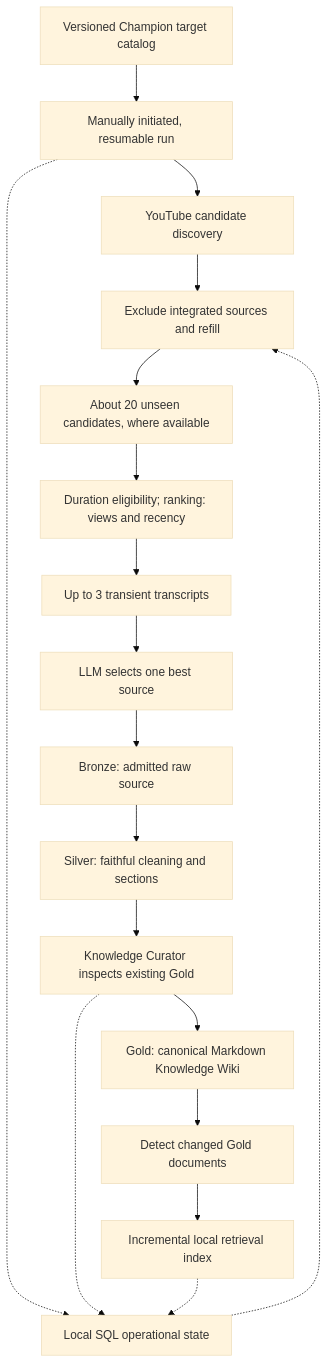
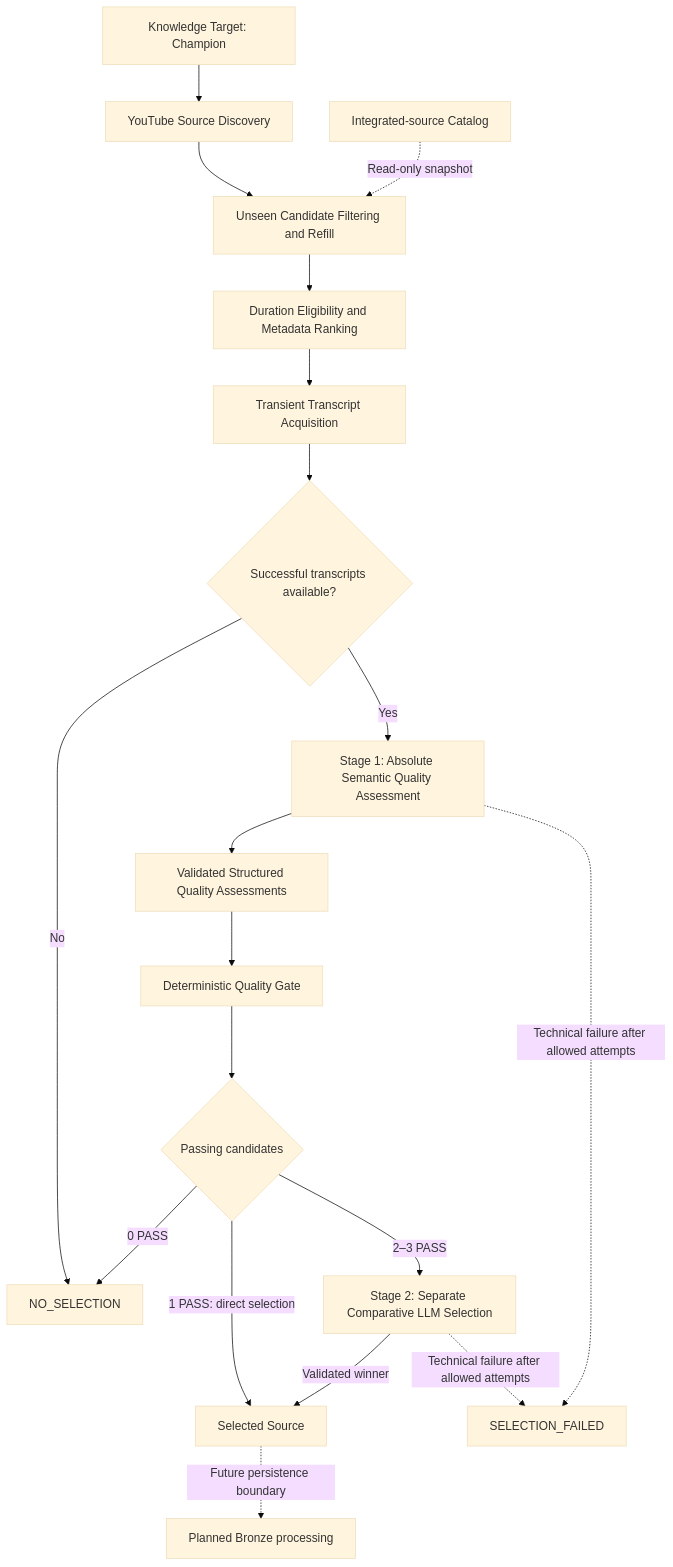
One commit to NeuralBlau/league-knowledge-platform changed the first of 3 diagrams in docs/architecture.md. Above: the diagram before and after it, drawn with Mermaid (base theme). The commit also changed other lines of this file and 2 other files, not shown here.

Commit message:
Document experimental domain and source acquisition

````diff
--- a/docs/architecture.md
+++ b/docs/architecture.md
@@ -9,20 +21,21 @@
 ```mermaid
 flowchart TD
-    A["Versioned Champion target catalog"] --> B["Manually initiated, resumable run"]
-    B --> C["YouTube candidate discovery"]
-    C --> D["Exclude integrated sources and refill"]
-    D --> E["About 20 unseen candidates, where available"]
-    E --> F["Duration eligibility; ranking: views and recency"]
-    F --> G["Up to 3 transient transcripts"]
-    G --> H["LLM selects one best source"]
-    H --> I["Bronze: admitted raw source"]
-    I --> J["Silver: faithful cleaning and sections"]
-    J --> K["Knowledge Curator inspects existing Gold"]
-    K --> L["Gold: canonical Markdown Knowledge Wiki"]
-    L --> M["Detect changed Gold documents"]
-    M --> N["Incremental local retrieval index"]
-    B -.-> O["Local SQL operational state"]
-    O -.-> D
-    K -.-> O
-    N -.-> O
+    T["Knowledge Target: Champion"] --> D["YouTube Source Discovery"]
+    D --> U["Unseen Candidate Filtering and Refill"]
+    C["Integrated-source Catalog"] -. "Read-only snapshot" .-> U
+    U --> R["Duration Eligibility and Metadata Ranking"]
+    R --> A["Transient Transcript Acquisition"]
+    A --> Z{"Successful transcripts available?"}
+    Z -- "No" --> N["NO_SELECTION"]
+    Z -- "Yes" --> Q["Stage 1: Absolute Semantic Quality Assessment"]
+    Q --> S["Validated Structured Quality Assessments"]
+    S --> G["Deterministic Quality Gate"]
+    G --> P{"Passing candidates"}
+    P -- "0 PASS" --> N
+    P -- "1 PASS: direct selection" --> W["Selected Source"]
+    P -- "2–3 PASS" --> L["Stage 2: Separate Comparative LLM Selection"]
+    L -- "Validated winner" --> W
+    Q -. "Technical failure after allowed attempts" .-> F["SELECTION_FAILED"]
+    L -. "Technical failure after allowed attempts" .-> F
+    W -. "Future persistence boundary" .-> B["Planned Bronze processing"]
 ```
````
